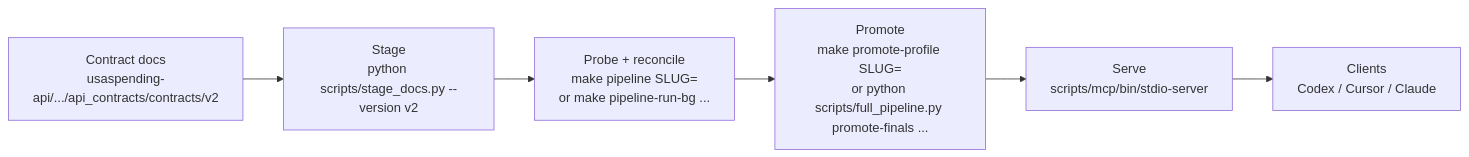
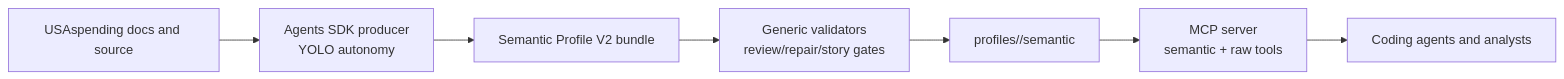
Before and after one commit to saulrichardson/gov-mcp: the diagram in README.md, drawn with Mermaid. The commit also changed other lines of this file and 77 other files, not shown here.

Commit message:
Build agentic semantic MCP workflow

````diff
--- a/README.md
+++ b/README.md
@@ -14,8 +34,9 @@
 ```mermaid
 flowchart LR
-    A["Contract docs\nusaspending-api/.../api_contracts/contracts/v2"] --> B["Stage\npython scripts/stage_docs.py --version v2"]
-    B --> C["Probe + reconcile\nmake pipeline SLUG=<slug>\nor make pipeline-run-bg ..."]
-    C --> D["Promote\nmake promote-profile SLUG=<slug>\nor python scripts/full_pipeline.py promote-finals ..."]
-    D --> E["Serve\nscripts/mcp/bin/stdio-server"]
-    E --> F["Clients\nCodex / Cursor / Claude"]
+    A["USAspending docs and source"] --> B["Agents SDK producer\nYOLO autonomy"]
+    B --> C["Semantic Profile V2 bundle"]
+    C --> D["Generic validators\nreview/repair/story gates"]
+    D --> E["profiles/<slug>/semantic"]
+    E --> F["MCP server\nsemantic + raw tools"]
+    F --> G["Coding agents and analysts"]
 ```
````
